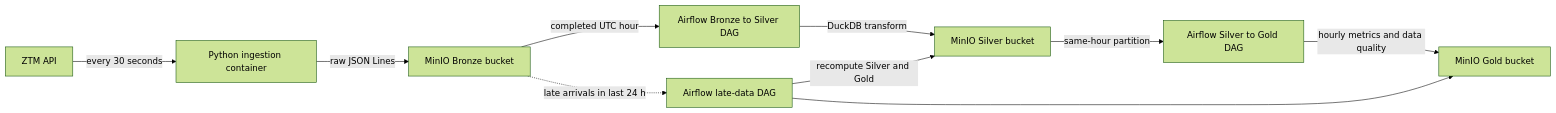
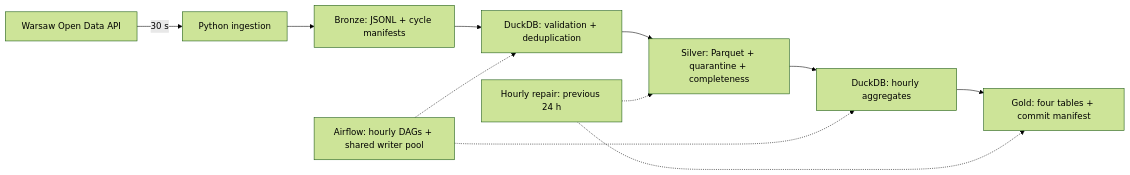
Before and after one commit to mati290/ZTM_data_proccesing: the diagram in README.md, drawn with Mermaid (forest theme). The commit also changed other lines of this file and 3 other files, not shown here.

````diff
--- a/README.md
+++ b/README.md
@@ -17,12 +29,13 @@
 ```mermaid
 flowchart LR
-    API[ZTM API] -->|every 30 seconds| Ingest[Python ingestion container]
-    Ingest -->|raw JSON Lines| Bronze[MinIO Bronze bucket]
-    Bronze -->|completed UTC hour| SilverDAG[Airflow Bronze to Silver DAG]
-    SilverDAG -->|DuckDB transform| Silver[MinIO Silver bucket]
-    Silver -->|same-hour partition| GoldDAG[Airflow Silver to Gold DAG]
-    GoldDAG -->|hourly metrics and data quality| Gold[MinIO Gold bucket]
-    Bronze -. late arrivals in last 24 h .-> LateDAG[Airflow late-data DAG]
-    LateDAG -->|recompute Silver and Gold| Silver
-    LateDAG --> Gold
+    API[Warsaw Open Data API] -->|30 s| I[Python ingestion]
+    I --> B[Bronze: JSONL + cycle manifests]
+    B --> S[DuckDB: validation + deduplication]
+    S --> SP[Silver: Parquet + quarantine + completeness]
+    SP --> G[DuckDB: hourly aggregates]
+    G --> GP[Gold: four tables + commit manifest]
+    A[Airflow: hourly DAGs + shared writer pool] -.-> S
+    A -.-> G
+    R[Hourly repair: previous 24 h] -.-> SP
+    R -.-> GP
 ```
````
